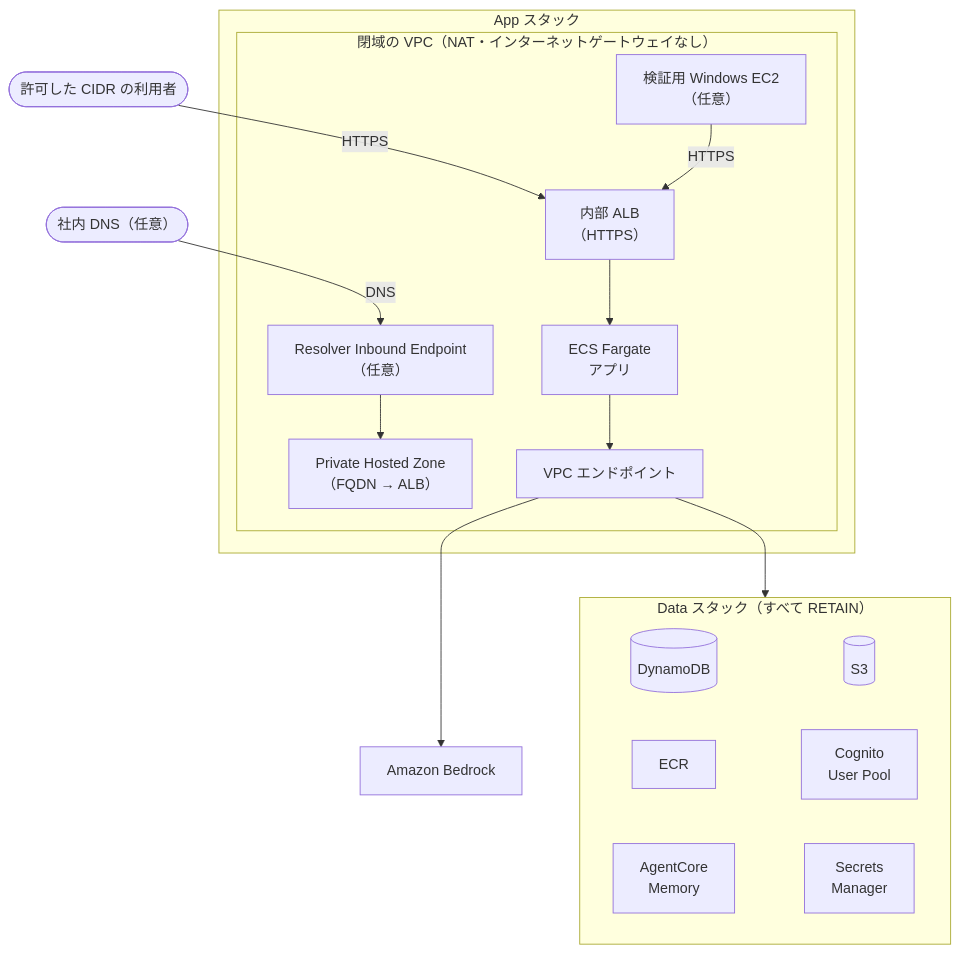
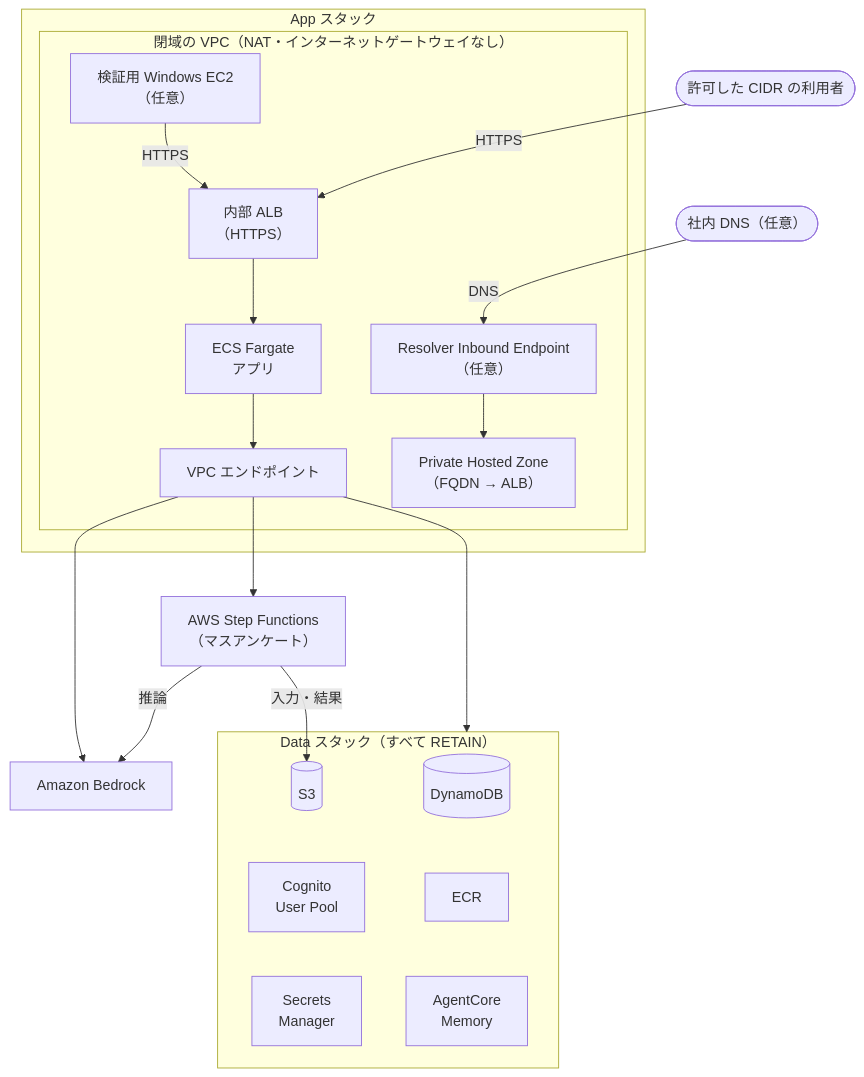
Before and after one commit to aws-samples/sample-ai-persona: the diagram in docs/closed_network.md, drawn with Mermaid. The commit also changed other lines of this file and 95 other files, not shown here.

First line of the commit message:
refactor: アンケートの推論をバッチ推論から Step Functions のオンデマンド推論へ移す (#198)

````diff
--- a/docs/closed_network.md
+++ b/docs/closed_network.md
@@ -7,28 +7,31 @@
 ```mermaid
 flowchart TB
     Client([許可した CIDR の利用者])
     DNS([社内 DNS（任意）])
 
     subgraph App["App スタック"]
         subgraph VPC["閉域の VPC（NAT・インターネットゲートウェイなし）"]
             EC2["検証用 Windows EC2<br/>（任意）"]
             R["Resolver Inbound Endpoint<br/>（任意）"] --> PHZ["Private Hosted Zone<br/>（FQDN → ALB）"]
             ALB["内部 ALB<br/>（HTTPS）"] --> ECS[ECS Fargate<br/>アプリ]
             ECS --> EP[VPC エンドポイント]
         end
     end
 
     subgraph Data["Data スタック（すべて RETAIN）"]
-        DynamoDB[(DynamoDB)] ~~~ S3[(S3)]
-        ECR[ECR] ~~~ Cognito[Cognito<br/>User Pool]
-        Memory[AgentCore<br/>Memory] ~~~ Secrets[Secrets<br/>Manager]
+        DynamoDB[(DynamoDB)] ~~~ ECR[ECR] ~~~ Memory[AgentCore<br/>Memory]
+        S3[(S3)] ~~~ Cognito[Cognito<br/>User Pool] ~~~ Secrets[Secrets<br/>Manager]
     end
 
     Bedrock[Amazon Bedrock]
+    SFN["AWS Step Functions<br/>（マスアンケート）"]
 
     Client -->|HTTPS| ALB
     EC2 -->|HTTPS| ALB
     DNS -->|DNS| R
     EP --> Data
     EP --> Bedrock
+    EP --> SFN
+    SFN -->|推論| Bedrock
+    SFN -->|入力・結果| S3
 ```
````
